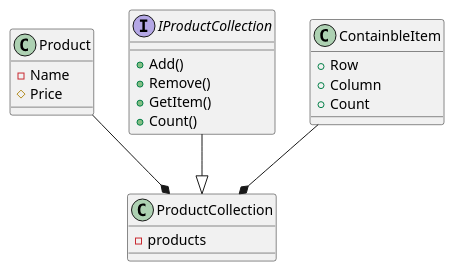
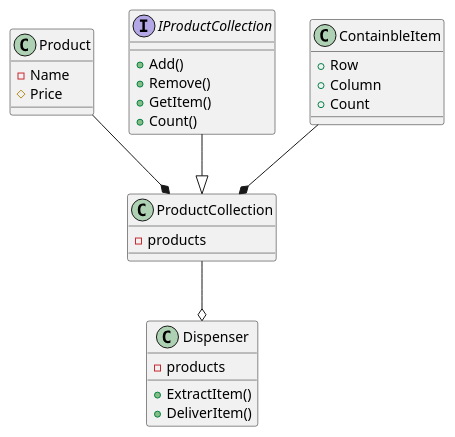
Before and after one commit to stefanandy/VendingMachine: the diagram in documentation/product.puml, drawn with PlantUML. The commit also changed 1 other file, not shown here.

Commit message:
Dispenser class have been added Test for Dispenser class have been added. Modifications on ProductCollections Remove and GetItem methods habe been made. Class diagram have been suffer modifications.

```diff
--- a/documentation/product.puml
+++ b/documentation/product.puml
@@ -1,31 +1,38 @@
 @startuml
 
 Product--*ProductCollection
 IProductCollection--|>ProductCollection
 ContainbleItem--*ProductCollection
+ProductCollection--o Dispenser
 
 class Product{
     -Name
     #Price
 }
 
 class ProductCollection{
     -products
 }
 
 class ContainbleItem{
     +Row
     +Column
     +Count
 }
 
 interface IProductCollection{
     +Add()
     +Remove()
     +GetItem()
     +Count()
 }
 
+class Dispenser{
+    -products
+    +ExtractItem()
+    +DeliverItem()
+    
+}
 
 
 @enduml
```
